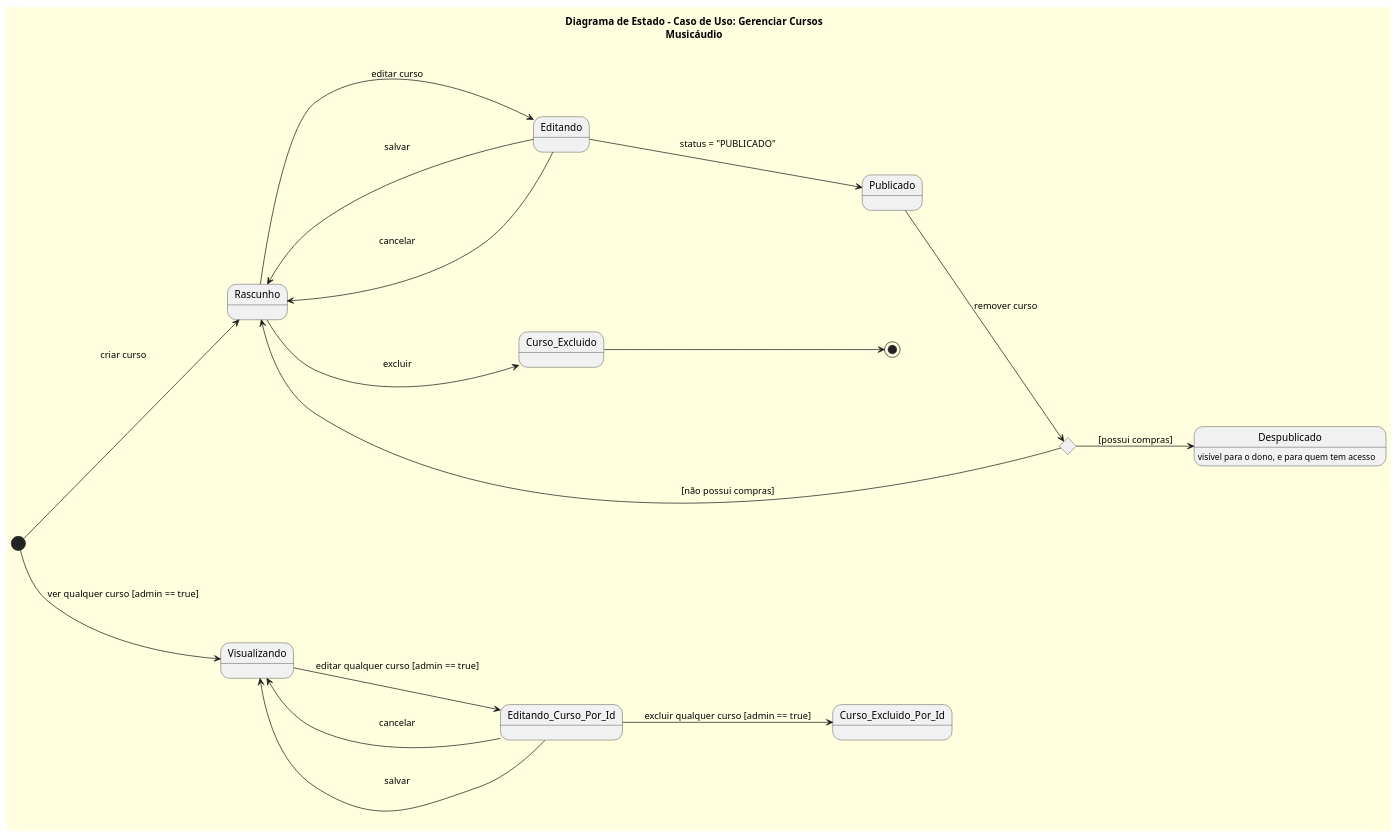
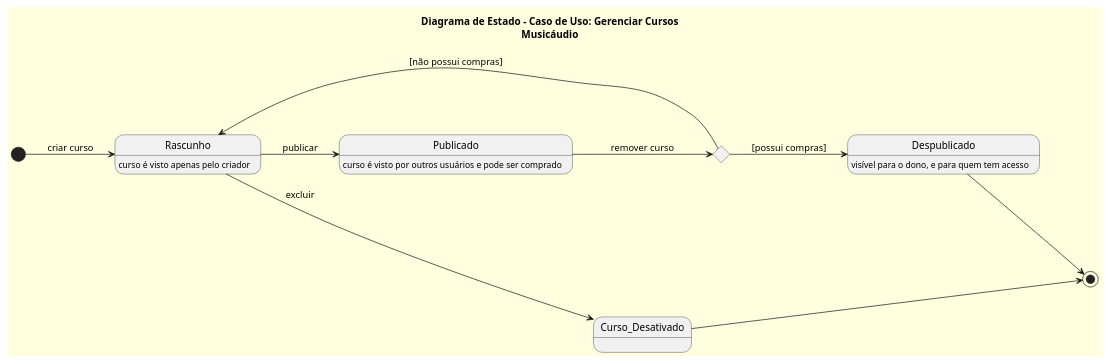
The diagram in Estado/gerenciar_curso.puml (JorgeSkraba/Musicaudio_UML), drawn with PlantUML before and after one commit. The commit also changed 6 other files, not shown here.

Commit message:
adição dos diagramas de sequência para Gerenciar Aula e Gerenciar Material, modificação no diagrama de Estado

```diff
--- a/Estado/gerenciar_curso.puml
+++ b/Estado/gerenciar_curso.puml
@@ -1,32 +1,27 @@
 @startuml gerenciar_curso
 
 title Diagrama de Estado - Caso de Uso: Gerenciar Cursos\nMusicáudio
 
 skinparam backgroundColor lightyellow
 
 skinparam nodesep 150
 
 left to right direction
 
 'CRUD curso
 [*] --> Rascunho : criar curso
-Rascunho --> Editando : editar curso
-Editando --> Rascunho : salvar
-Editando --> Rascunho : cancelar
-Editando --> Publicado : status = "PUBLICADO"
+Rascunho : curso é visto apenas pelo criador
+Rascunho --> Publicado : publicar
+Publicado : curso é visto por outros usuários e pode ser comprado
+
 state c <<choice>>
 Publicado --> c : remover curso
 c --> Despublicado : [possui compras]
 Despublicado : visível para o dono, e para quem tem acesso
+Despublicado --> [*]
+
 c --> Rascunho : [não possui compras]
-Rascunho --> Curso_Excluido : excluir
-Curso_Excluido --> [*]
-
-'CRUD curso admin
-[*] --> Visualizando : ver qualquer curso [admin == true]
-Visualizando --> Editando_Curso_Por_Id : editar qualquer curso [admin == true]
-Editando_Curso_Por_Id --> Curso_Excluido_Por_Id : excluir qualquer curso [admin == true]
-Editando_Curso_Por_Id --> Visualizando : cancelar
-Editando_Curso_Por_Id --> Visualizando : salvar
+Rascunho --> Curso_Desativado : excluir
+Curso_Desativado --> [*]
 
 @enduml
```
